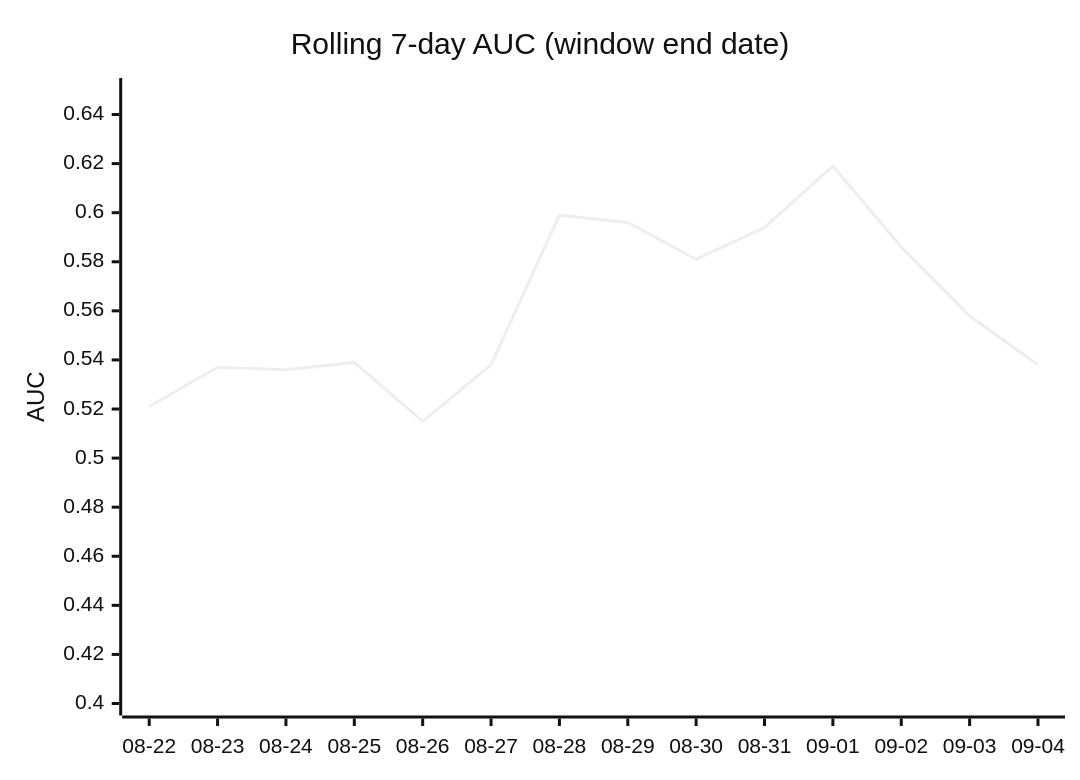
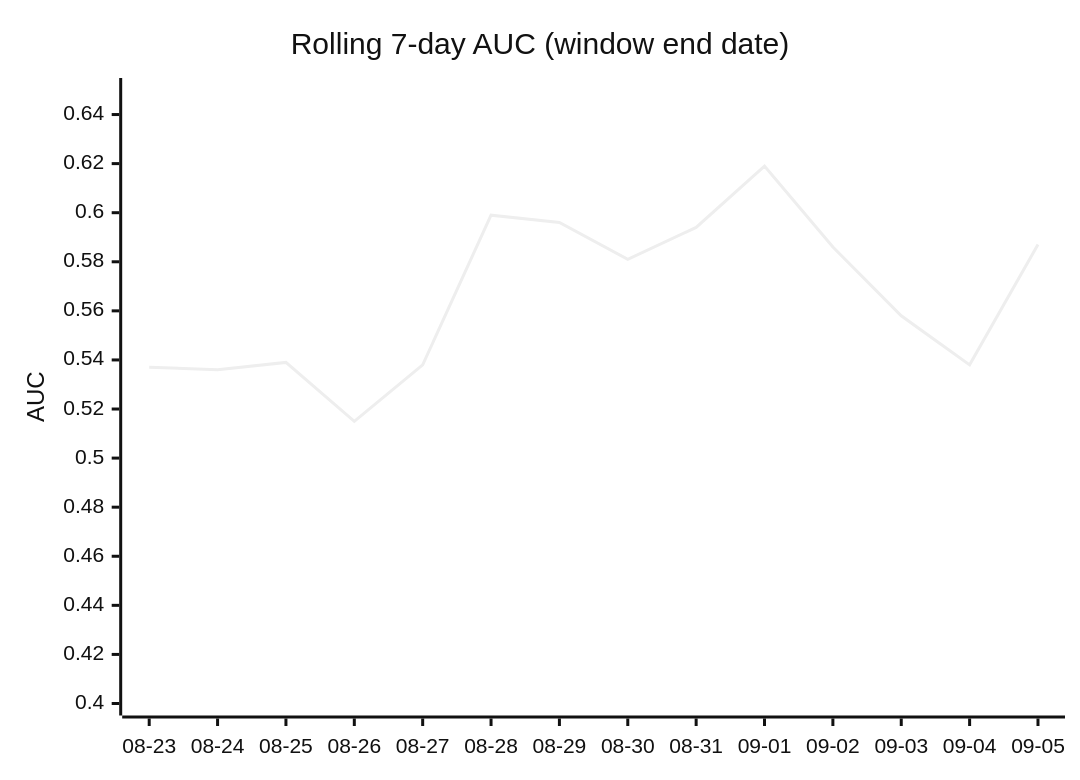
Before and after one commit to dpk1212/nhl-savant: the third of 4 diagrams in DAILY_AGSU_REPORT.md, drawn with Mermaid (neutral theme). The commit also changed other lines of this file, not shown here.

````diff
--- a/DAILY_AGSU_REPORT.md
+++ b/DAILY_AGSU_REPORT.md
@@ -861,7 +862,7 @@
 ```mermaid
 xychart-beta
     title "Rolling 7-day AUC (window end date)"
-    x-axis ["08-22", "08-23", "08-24", "08-25", "08-26", "08-27", "08-28", "08-29", "08-30", "08-31", "09-01", "09-02", "09-03", "09-04"]
+    x-axis ["08-23", "08-24", "08-25", "08-26", "08-27", "08-28", "08-29", "08-30", "08-31", "09-01", "09-02", "09-03", "09-04", "09-05"]
     y-axis "AUC" 0.4 --> 0.65
-    line [0.521, 0.537, 0.536, 0.539, 0.515, 0.538, 0.599, 0.596, 0.581, 0.594, 0.619, 0.586, 0.558, 0.538]
+    line [0.537, 0.536, 0.539, 0.515, 0.538, 0.599, 0.596, 0.581, 0.594, 0.619, 0.586, 0.558, 0.538, 0.587]
 ```
````
